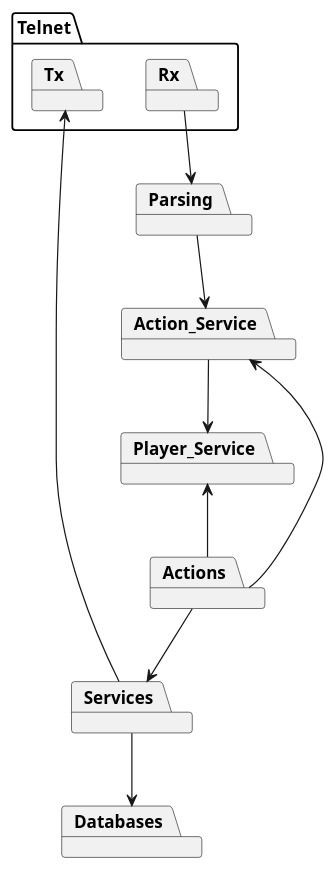
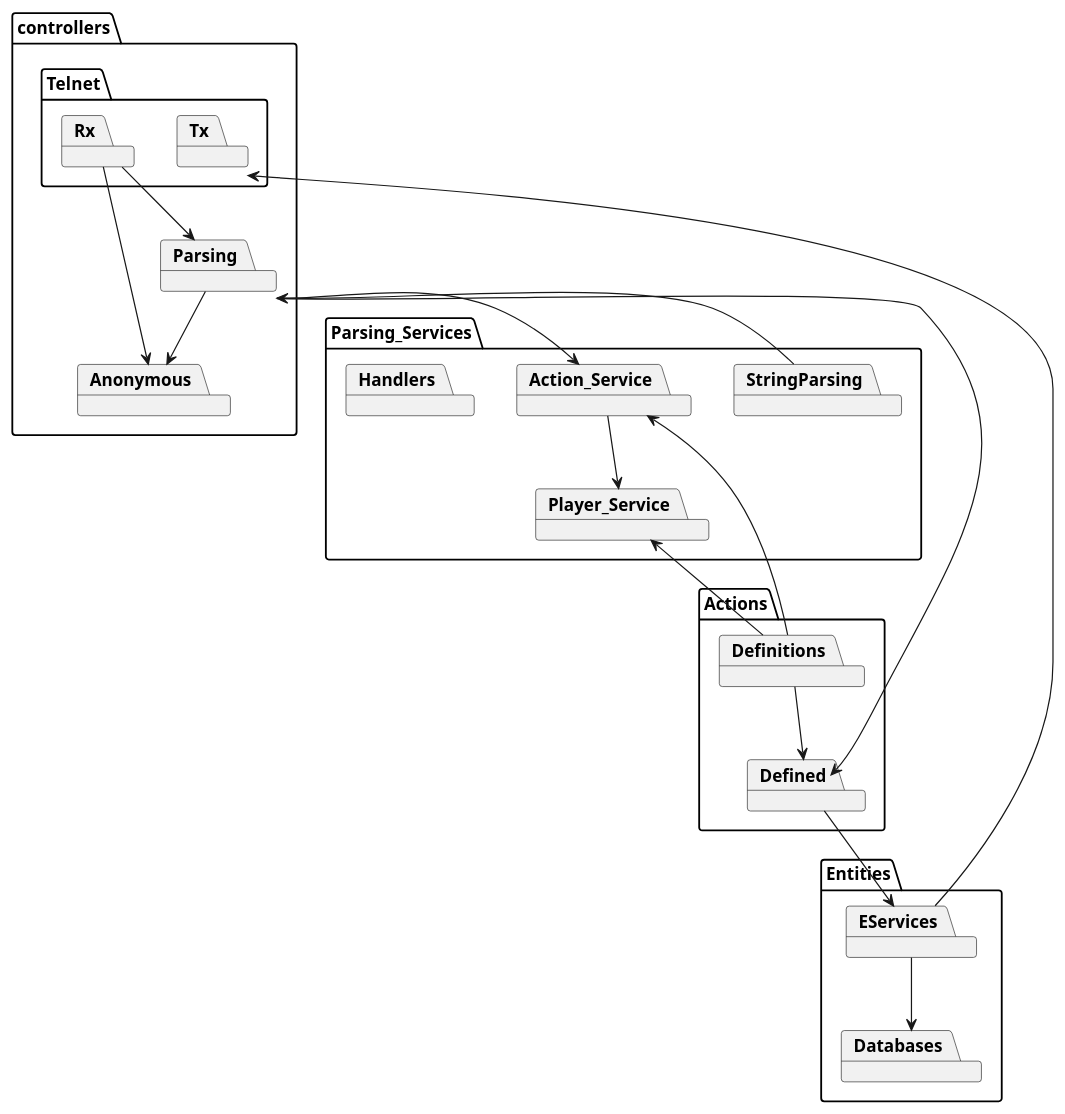
One commit to aaron-jencks/Telnet-Mud changed the diagram in layers.puml. Above: the diagram before and after it, drawn with PlantUML. The commit also changed 37 other files, not shown here.

```diff
--- a/layers.puml
+++ b/layers.puml
@@ -1,21 +1,38 @@
 @startuml
-package Telnet {
-    package Tx 
-    package Rx 
+package controllers {
+    package Telnet {
+        package Tx 
+        package Rx 
+    }
+    package Parsing  
+    package Anonymous
 }
-package Parsing  
-package Action_Service
-package Player_Service
-package Actions 
-package Services 
-package Databases 
+package Parsing_Services {
+    package StringParsing
+    package Action_Service
+    package Player_Service
+    package Handlers
+}
+package Actions {
+    package Defined
+    package Definitions
+}
+package Entities {
+    package EServices 
+    package Databases 
+}
 
 Rx --> Parsing
+Rx --> Anonymous
 Parsing --> Action_Service
+Parsing <-- StringParsing
+Parsing --> Anonymous
+Parsing --> Defined
 Action_Service --> Player_Service
-Action_Service <-- Actions
-Player_Service <-- Actions
-Tx <-- Services
-Actions --> Services
-Services --> Databases
+Action_Service <-- Definitions
+Player_Service <-- Definitions
+Tx <-- EServices
+Defined --> EServices
+Definitions --> Defined
+EServices --> Databases
 @enduml
```
